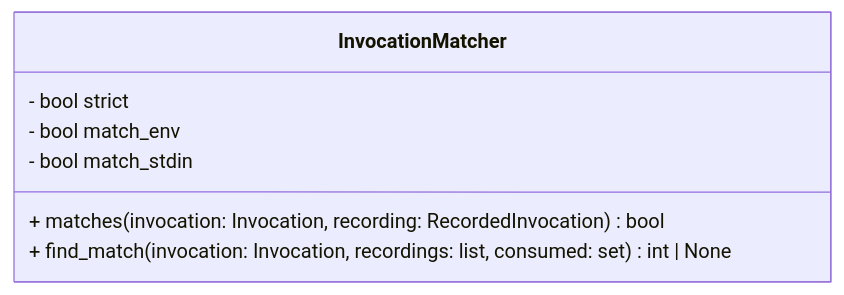
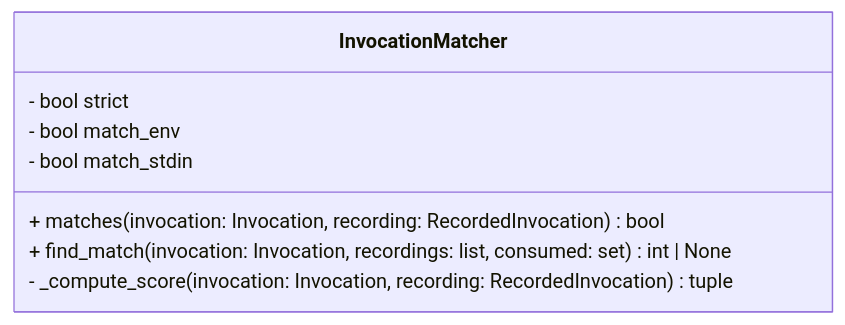
One commit to leynos/cmd-mox changed diagram 25 of 27 in docs/python-native-command-mocking-design.md. Above: the diagram before and after it, drawn with Mermaid. The commit also changed other lines of this file and 11 other files, not shown here.

````diff
--- a/docs/python-native-command-mocking-design.md
+++ b/docs/python-native-command-mocking-design.md
@@ -2176,10 +2176,11 @@
 ```mermaid
 classDiagram
     class InvocationMatcher {
         - bool strict
         - bool match_env
         - bool match_stdin
         + matches(invocation: Invocation, recording: RecordedInvocation) bool
         + find_match(invocation: Invocation, recordings: list, consumed: set) int | None
+        - _compute_score(invocation: Invocation, recording: RecordedInvocation) tuple
     }
 ```
````
